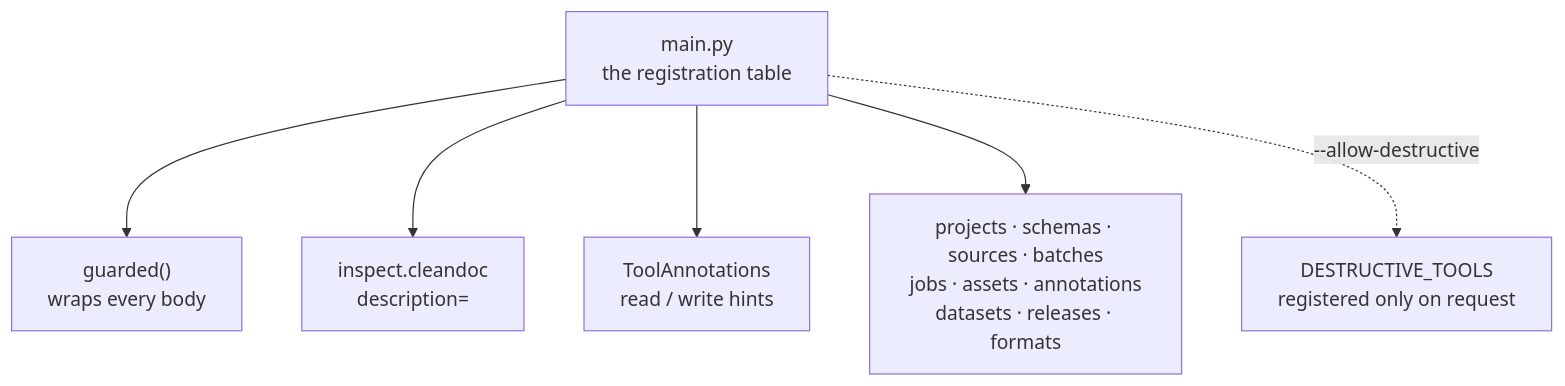
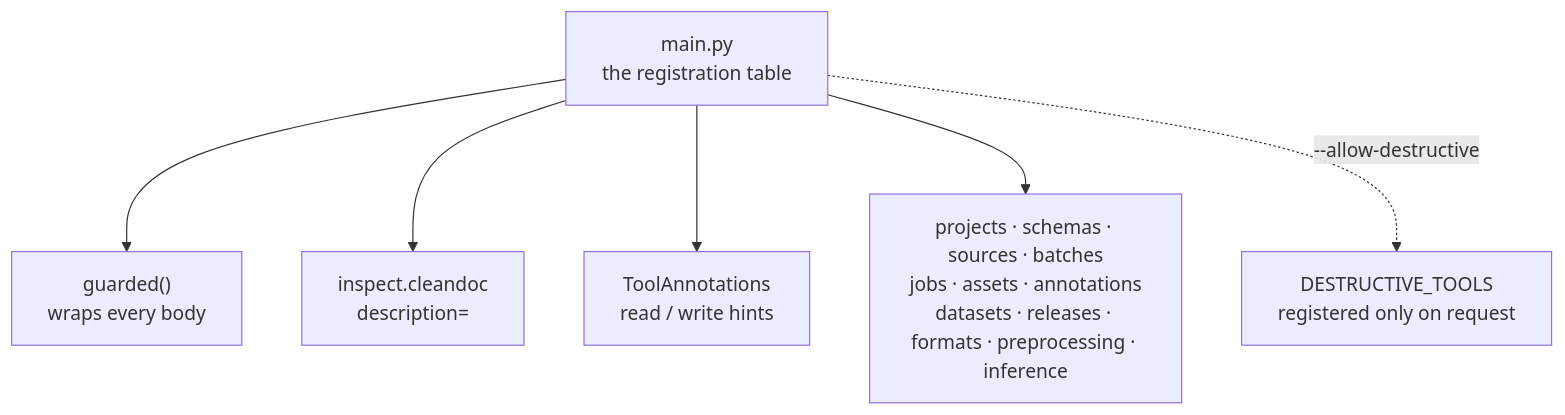
One commit to Robomous/VisionSet changed the diagram in docs/content/architecture/backend/mcp.md. Above: the diagram before and after it, drawn with Mermaid. The commit also changed 18 other files, not shown here.

````diff
--- a/docs/content/architecture/backend/mcp.md
+++ b/docs/content/architecture/backend/mcp.md
@@ -9,15 +9,15 @@
 ```mermaid
 flowchart TB
     Main["main.py\nthe registration table"]
     Guard["guarded()\nwraps every body"]
     Doc["inspect.cleandoc\ndescription="]
     Ann["ToolAnnotations\nread / write hints"]
-    Tools["projects · schemas · sources · batches\njobs · assets · annotations\ndatasets · releases · formats"]
+    Tools["projects · schemas · sources · batches\njobs · assets · annotations\ndatasets · releases · formats · preprocessing · inference"]
     Dtools["DESTRUCTIVE_TOOLS\nregistered only on request"]
 
     Main --> Guard
     Main --> Doc
     Main --> Ann
     Main --> Tools
     Main -.->|--allow-destructive| Dtools
 ```
````
